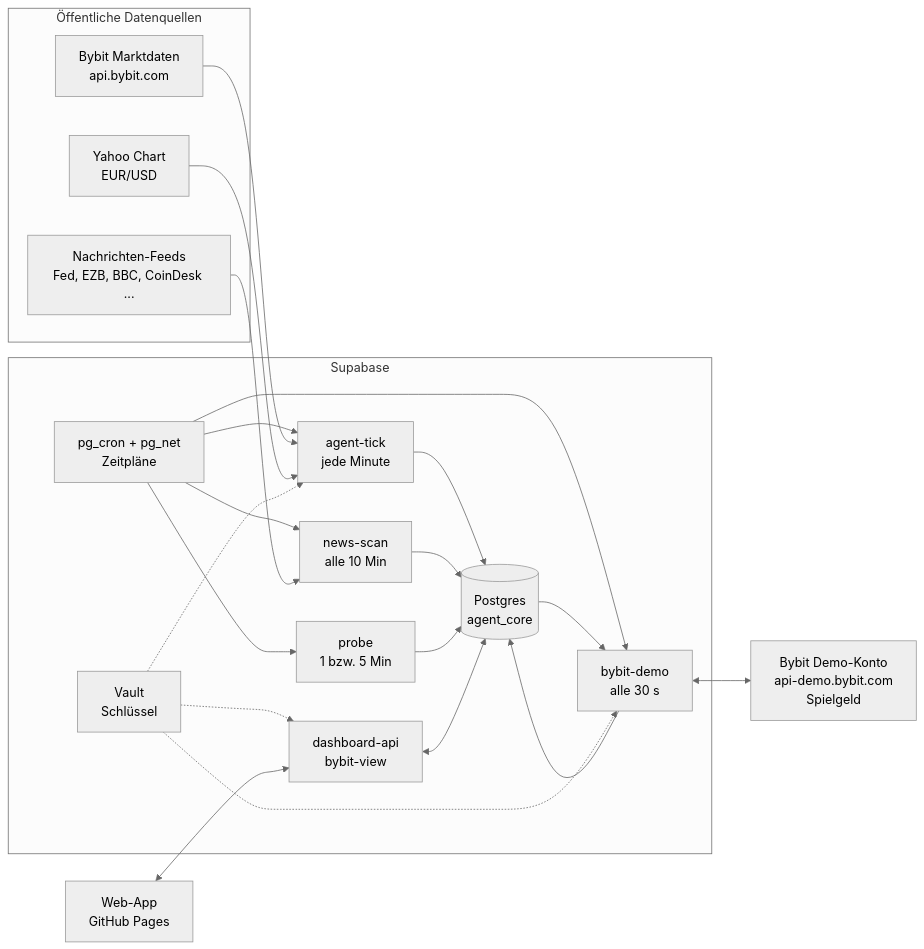
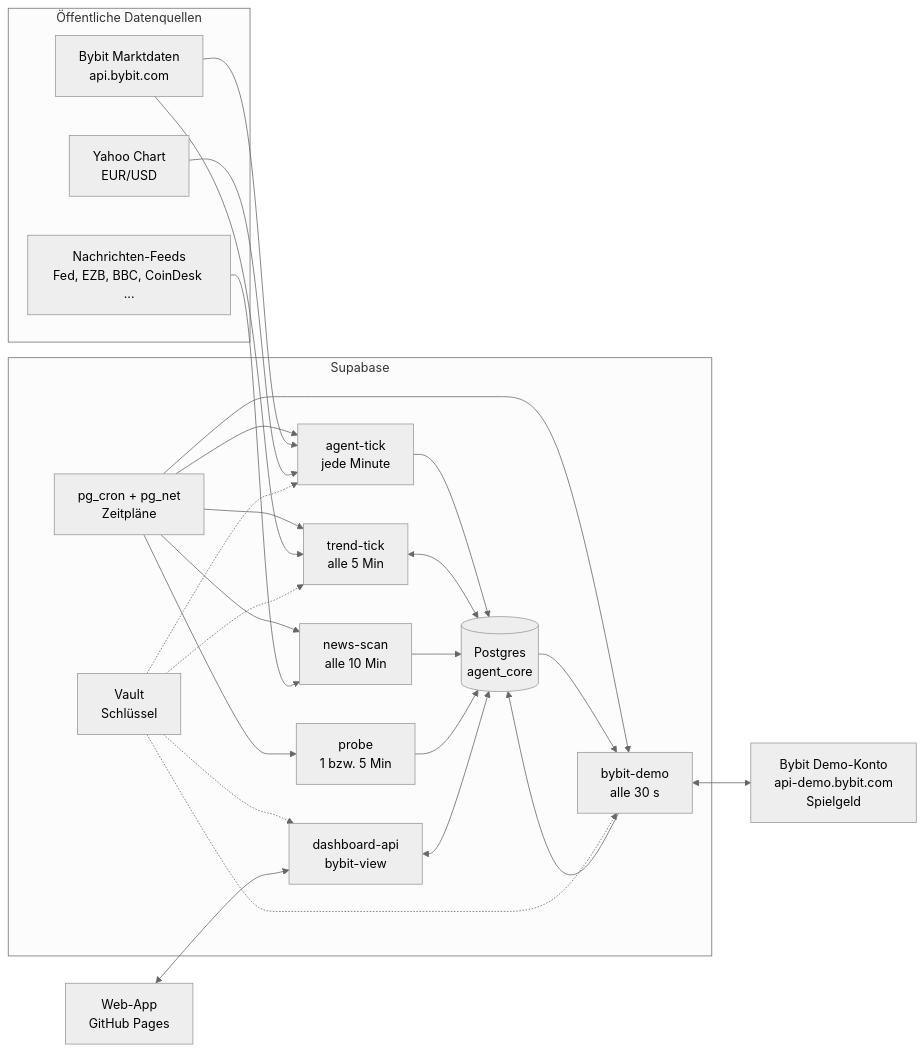
Before and after one commit to russki741/Ki-Projekte: the diagram in trading-agent/docs/ARCHITEKTUR.md, drawn with Mermaid (neutral theme). The commit also changed other lines of this file and 17 other files, not shown here.

````diff
--- a/trading-agent/docs/ARCHITEKTUR.md
+++ b/trading-agent/docs/ARCHITEKTUR.md
@@ -5,34 +5,36 @@
 ```mermaid
 flowchart LR
   subgraph Quellen["Öffentliche Datenquellen"]
     BP["Bybit Marktdaten<br/>api.bybit.com"]
     YH["Yahoo Chart<br/>EUR/USD"]
     RSS["Nachrichten-Feeds<br/>Fed, EZB, BBC, CoinDesk ..."]
   end
   subgraph Supabase
     CRON["pg_cron + pg_net<br/>Zeitpläne"]
     AT["agent-tick<br/>jede Minute"]
+    TT["trend-tick<br/>alle 5 Min"]
     NS["news-scan<br/>alle 10 Min"]
     PR["probe<br/>1 bzw. 5 Min"]
     BD["bybit-demo<br/>alle 30 s"]
     API["dashboard-api<br/>bybit-view"]
     DB[("Postgres<br/>agent_core")]
     V["Vault<br/>Schlüssel"]
   end
   DEMO["Bybit Demo-Konto<br/>api-demo.bybit.com<br/>Spielgeld"]
   APP["Web-App<br/>GitHub Pages"]
 
-  CRON --> AT & NS & PR & BD
-  BP --> AT
+  CRON --> AT & TT & NS & PR & BD
+  BP --> AT & TT
   YH --> AT
   RSS --> NS
   AT --> DB
+  TT <--> DB
   NS --> DB
   PR --> DB
   DB --> BD
   BD <--> DEMO
   BD --> DB
-  V -.-> BD & AT & API
+  V -.-> BD & AT & TT & API
   APP <--> API
   API <--> DB
 ```
````
